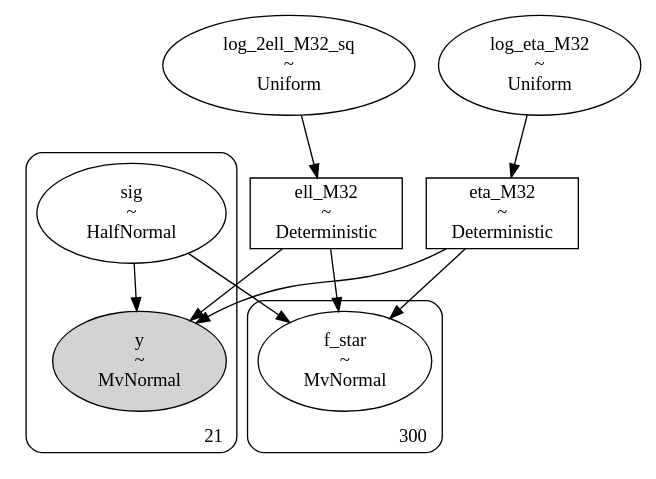
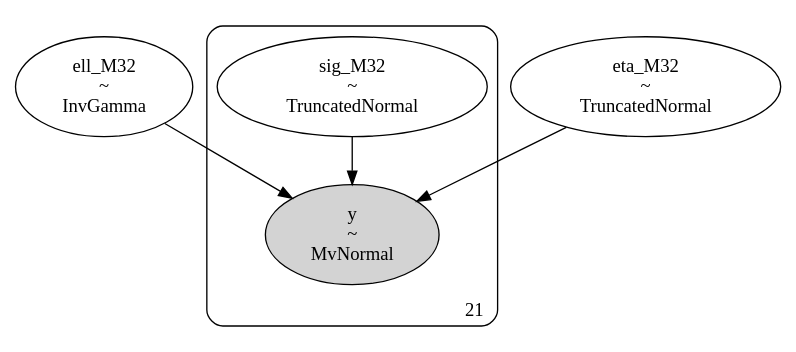
The diagram in dags/428_ra236.530_dec-46.922_4U1543TraPDB_andersson_m32_dag.dot (shihchingfu/gp-sandbox-thunderkat), drawn with Graphviz before and after one commit. The commit also changed 11 other files, not shown here.

```diff
--- a/dags/428_ra236.530_dec-46.922_4U1543TraPDB_andersson_m32_dag.dot
+++ b/dags/428_ra236.530_dec-46.922_4U1543TraPDB_andersson_m32_dag.dot
@@ -1,37 +1,20 @@
 digraph {
 	ell_M32 [label="ell_M32
 ~
-Deterministic" shape=box]
-	log_eta_M32 [label="log_eta_M32
-~
-Uniform" shape=ellipse]
+InvGamma" shape=ellipse]
 	eta_M32 [label="eta_M32
 ~
-Deterministic" shape=box]
-	log_2ell_M32_sq [label="log_2ell_M32_sq
+TruncatedNormal" shape=ellipse]
+	subgraph cluster21 {
+		sig_M32 [label="sig_M32
 ~
-Uniform" shape=ellipse]
-	subgraph cluster21 {
+TruncatedNormal" shape=ellipse]
 		y [label="y
 ~
 MvNormal" shape=ellipse style=filled]
-		sig [label="sig
-~
-HalfNormal" shape=ellipse]
 		label=21 labeljust=r labelloc=b style=rounded
 	}
-	subgraph cluster300 {
-		f_star [label="f_star
-~
-MvNormal" shape=ellipse]
-		label=300 labeljust=r labelloc=b style=rounded
-	}
-	log_2ell_M32_sq -> ell_M32
-	log_eta_M32 -> eta_M32
+	sig_M32 -> y
 	ell_M32 -> y
-	sig -> y
 	eta_M32 -> y
-	ell_M32 -> f_star
-	sig -> f_star
-	eta_M32 -> f_star
 }
```
